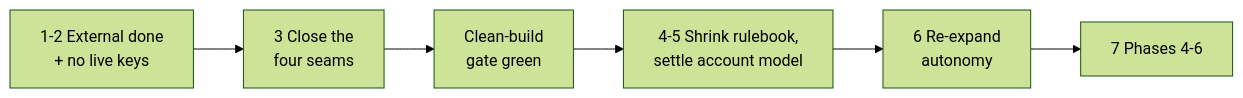
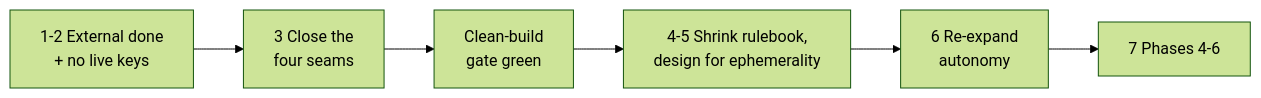
One commit to lago-morph/k8-platform changed the diagram in forensics/TURNAROUND-OUTLINE.md. Above: the diagram before and after it, drawn with Mermaid (forest theme). The commit also changed other lines of this file and 4 other files, not shown here.

First line of the commit message:
forensics: round-1 owner feedback — ephemerality is design intent, not a defect

````diff
--- a/forensics/TURNAROUND-OUTLINE.md
+++ b/forensics/TURNAROUND-OUTLINE.md
@@ -61,8 +67,8 @@
 ```mermaid
 flowchart LR
     A[1-2 External done<br/>+ no live keys] --> B[3 Close the<br/>four seams]
     B --> C[Clean-build<br/>gate green]
-    C --> D[4-5 Shrink rulebook,<br/>settle account model]
+    C --> D[4-5 Shrink rulebook,<br/>design for ephemerality]
     D --> E[6 Re-expand<br/>autonomy]
     E --> F[7 Phases 4-6]
 ```
````
